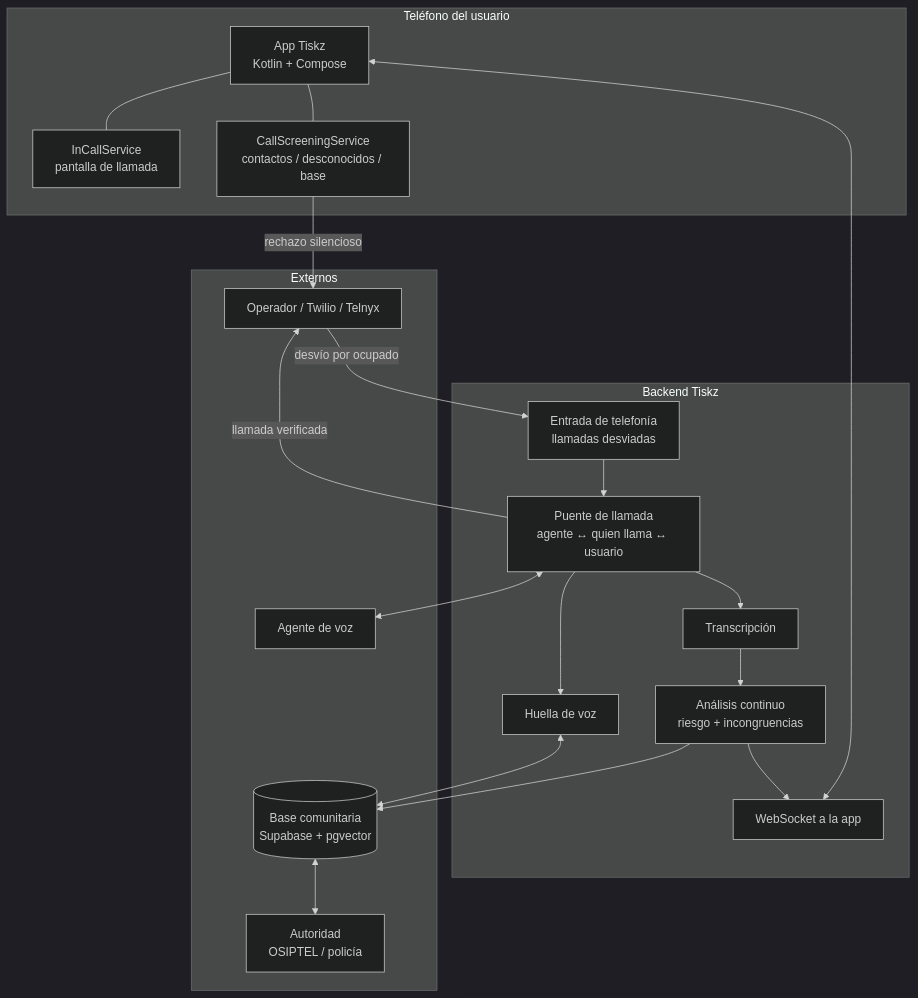
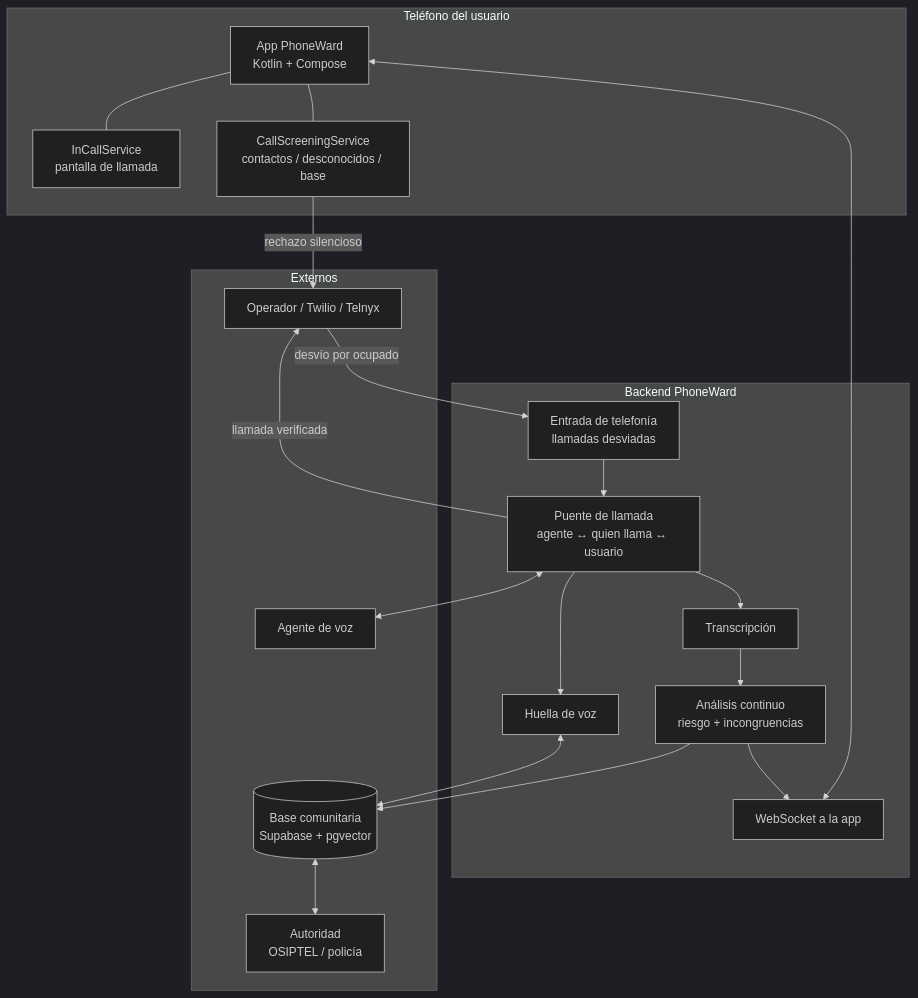
The third of 3 diagrams in docs/ANALISIS_Y_FLUJO.md (HackTheAndes-Hackaton/mobile-repo), drawn with Mermaid (dark theme) before and after one commit. The commit also changed other lines of this file and 51 other files, not shown here.

First line of the commit message:
feat: renombrar la app de Tiskz a PhoneWard

````diff
--- a/docs/ANALISIS_Y_FLUJO.md
+++ b/docs/ANALISIS_Y_FLUJO.md
@@ -211,39 +211,39 @@
 ```mermaid
 flowchart TB
     subgraph Telefono["Teléfono del usuario"]
-        APP[App Tiskz<br/>Kotlin + Compose]
+        APP[App PhoneWard<br/>Kotlin + Compose]
         ICS[InCallService<br/>pantalla de llamada]
         CSS[CallScreeningService<br/>contactos / desconocidos / base]
         APP --- ICS
         APP --- CSS
     end
 
-    subgraph Nube["Backend Tiskz"]
+    subgraph Nube["Backend PhoneWard"]
         TEL[Entrada de telefonía<br/>llamadas desviadas]
         BR[Puente de llamada<br/>agente ↔ quien llama ↔ usuario]
         STT[Transcripción]
         AN[Análisis continuo<br/>riesgo + incongruencias]
         VP[Huella de voz]
         WS[WebSocket a la app]
     end
 
     subgraph Externos
         PSTN[Operador / Twilio / Telnyx]
         AGV[Agente de voz]
         DB[(Base comunitaria<br/>Supabase + pgvector)]
         AUT[Autoridad<br/>OSIPTEL / policía]
     end
 
     CSS -- rechazo silencioso --> PSTN
     PSTN -- desvío por ocupado --> TEL
     TEL --> BR
     BR <--> AGV
     BR --> STT --> AN
     BR --> VP
     AN --> WS
     VP <--> DB
     AN --> DB
     DB <--> AUT
     WS <--> APP
     BR -- llamada verificada --> PSTN
 ```
````
